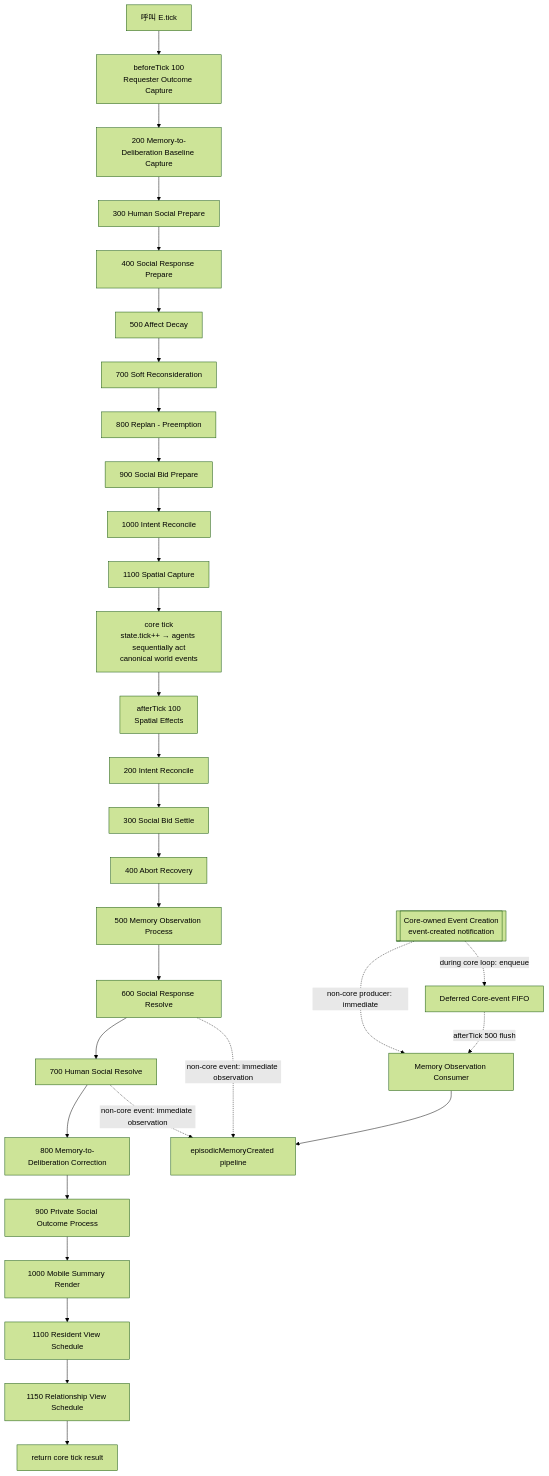
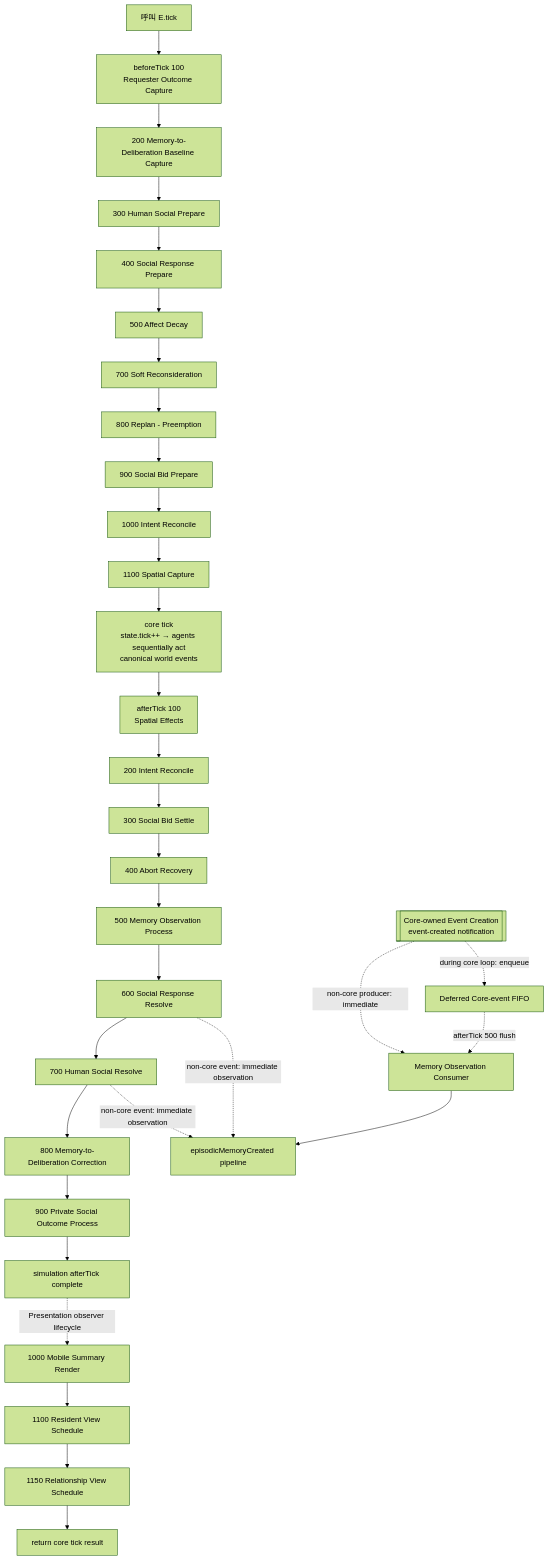
Before and after one commit to Prysline/emergent-causal-sim: the first of 2 diagrams in docs/tick-pipeline.md, drawn with Mermaid (forest theme). The commit also changed other lines of this file and 27 other files, not shown here.

First line of the commit message:
Cleanup-5B-1: separate Presentation observer lifecycle (#96)

````diff
--- a/docs/tick-pipeline.md
+++ b/docs/tick-pipeline.md
@@ -13,36 +13,37 @@
 ```mermaid
 flowchart TD
     START[呼叫 E.tick] --> B100[beforeTick 100\nRequester Outcome Capture]
     B100 --> B200[200 Memory-to-Deliberation Baseline Capture]
     B200 --> B300[300 Human Social Prepare]
     B300 --> B400[400 Social Response Prepare]
     B400 --> B500[500 Affect Decay]
     B500 --> B700[700 Soft Reconsideration]
     B700 --> B800[800 Replan - Preemption]
     B800 --> B900[900 Social Bid Prepare]
     B900 --> B1000[1000 Intent Reconcile]
     B1000 --> B1100[1100 Spatial Capture]
 
     B1100 --> CORE[core tick\nstate.tick++ → agents sequentially act\ncanonical world events]
 
     CORE --> A100[afterTick 100\nSpatial Effects]
     A100 --> A200[200 Intent Reconcile]
     A200 --> A300[300 Social Bid Settle]
     A300 --> A400[400 Abort Recovery]
     A400 --> A500[500 Memory Observation Process]
     A500 --> A600[600 Social Response Resolve]
     A600 --> A700[700 Human Social Resolve]
     A700 --> A800[800 Memory-to-Deliberation Correction]
     A800 --> A900[900 Private Social Outcome Process]
-    A900 --> A1000[1000 Mobile Summary Render]
-    A1000 --> A1100[1100 Resident View Schedule]
-    A1100 --> A1150[1150 Relationship View Schedule]
-    A1150 --> END[return core tick result]
+    A900 --> SIMEND[simulation afterTick complete]
+    SIMEND -. Presentation observer lifecycle .-> O1000[1000 Mobile Summary Render]
+    O1000 --> O1100[1100 Resident View Schedule]
+    O1100 --> O1150[1150 Relationship View Schedule]
+    O1150 --> END[return core tick result]
 
     EVENT[[Core-owned Event Creation\nevent-created notification]] -. non-core producer: immediate .-> MEM[Memory Observation Consumer]
     EVENT -. during core loop: enqueue .-> QUEUE[Deferred Core-event FIFO]
     QUEUE -. afterTick 500 flush .-> MEM
     MEM --> EMC[episodicMemoryCreated pipeline]
     A600 -. non-core event: immediate observation .-> EMC
     A700 -. non-core event: immediate observation .-> EMC
 ```
````
